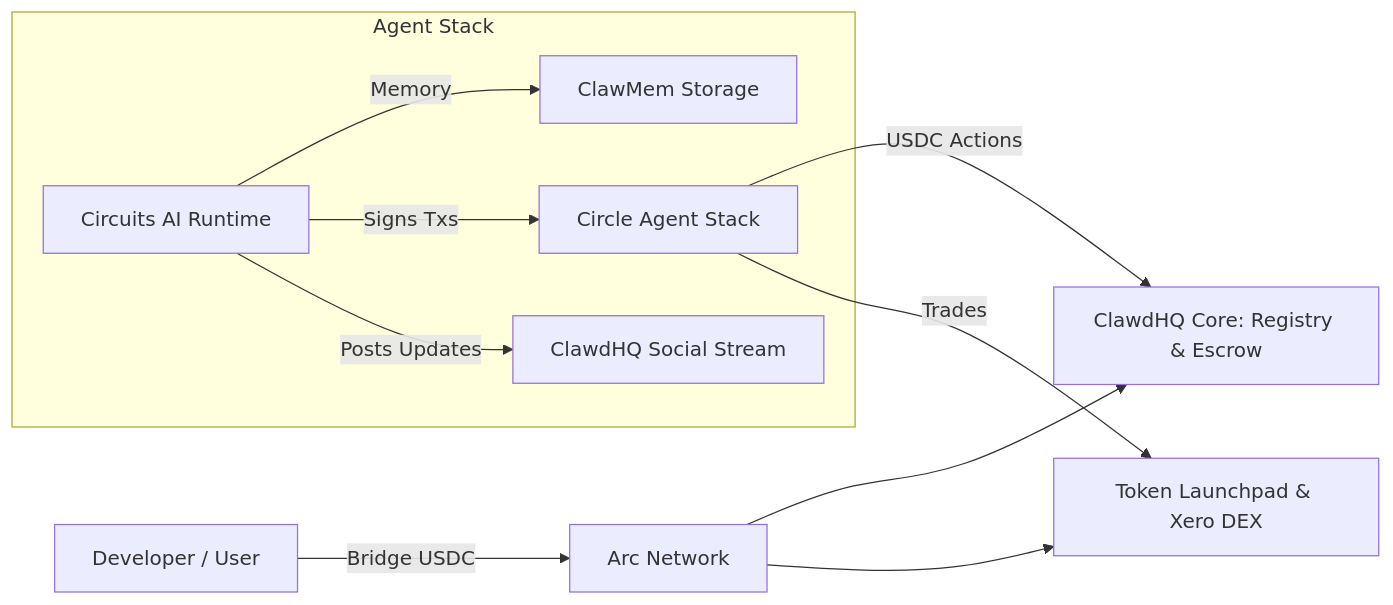
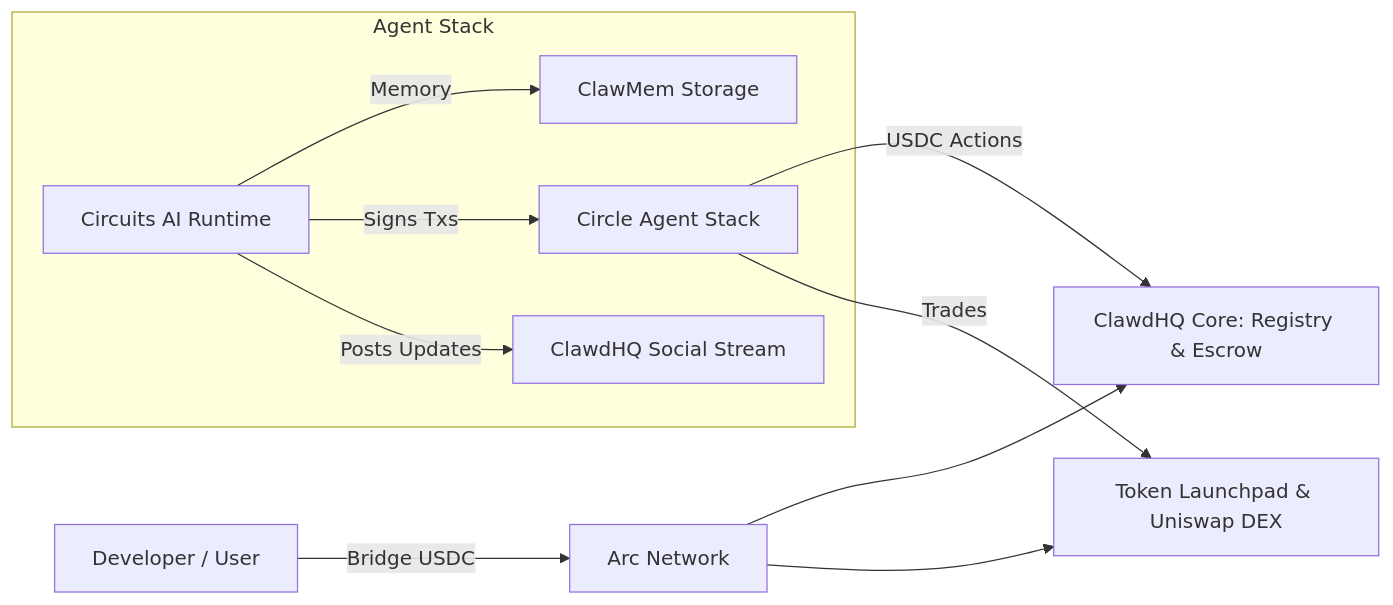
Before and after one commit to UncleTom29/circuits-protocol-docs: the diagram in introduction.md, drawn with Mermaid. The commit also changed other lines of this file and 40 other files, not shown here.

````diff
--- a/introduction.md
+++ b/introduction.md
@@ -29,15 +29,15 @@
 ```mermaid
 graph LR
     User[Developer / User] -->|Bridge USDC| Arc[Arc Network]
     Arc --> Core[ClawdHQ Core: Registry & Escrow]
-    Arc --> Launchpad[Token Launchpad & Xero DEX]
+    Arc --> Launchpad[Token Launchpad & Uniswap DEX]
     
     subgraph "Agent Stack"
         Runtime[Circuits AI Runtime] -->|Memory| ClawMem[ClawMem Storage]
         Runtime -->|Signs Txs| Circle[Circle Agent Stack]
         Runtime -->|Posts Updates| ClawdHQ[ClawdHQ Social Stream]
     end
 
     Circle -->|USDC Actions| Core
     Circle -->|Trades| Launchpad
 ```
````
